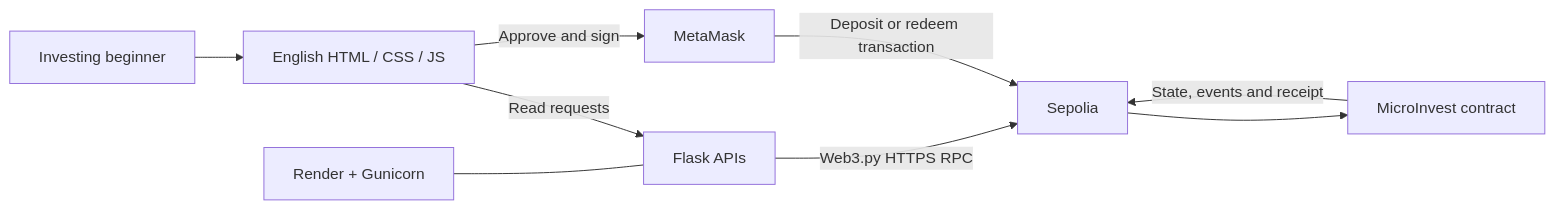
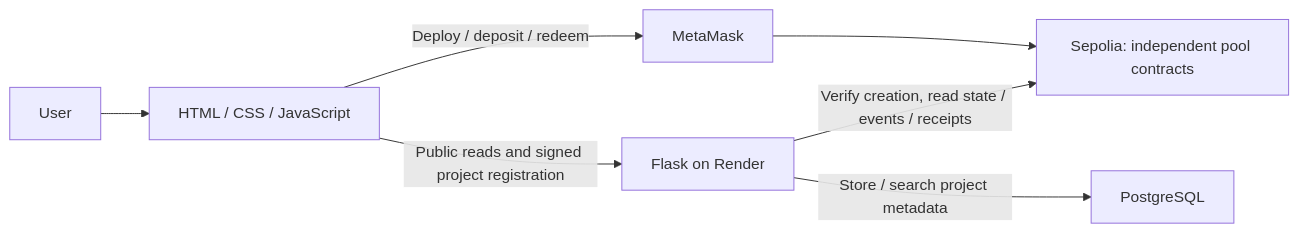
Before and after one commit to Stevenhh7/SC6113-Developemnt-CourseWork: the diagram in docs/ARCHITECTURE.md, drawn with Mermaid. The commit also changed other lines of this file and 35 other files, not shown here.

````diff
--- a/docs/ARCHITECTURE.md
+++ b/docs/ARCHITECTURE.md
@@ -5,11 +5,9 @@
-```mermaid
+~~~mermaid
 flowchart LR
-    U[Investing beginner] --> UI[English HTML / CSS / JS]
-    UI -->|Read requests| F[Flask APIs]
-    F -->|Web3.py HTTPS RPC| S[Sepolia]
-    UI -->|Approve and sign| M[MetaMask]
-    M -->|Deposit or redeem transaction| S
-    S --> C[MicroInvest contract]
-    C -->|State, events and receipt| S
-    R[Render + Gunicorn] --- F
-```
+    U[User] --> UI[HTML / CSS / JavaScript]
+    UI -->|Deploy / deposit / redeem| M[MetaMask]
+    M --> S[Sepolia: independent pool contracts]
+    UI -->|Public reads and signed project registration| F[Flask on Render]
+    F -->|Verify creation, read state / events / receipts| S
+    F -->|Store / search project metadata| DB[PostgreSQL]
+~~~
````
